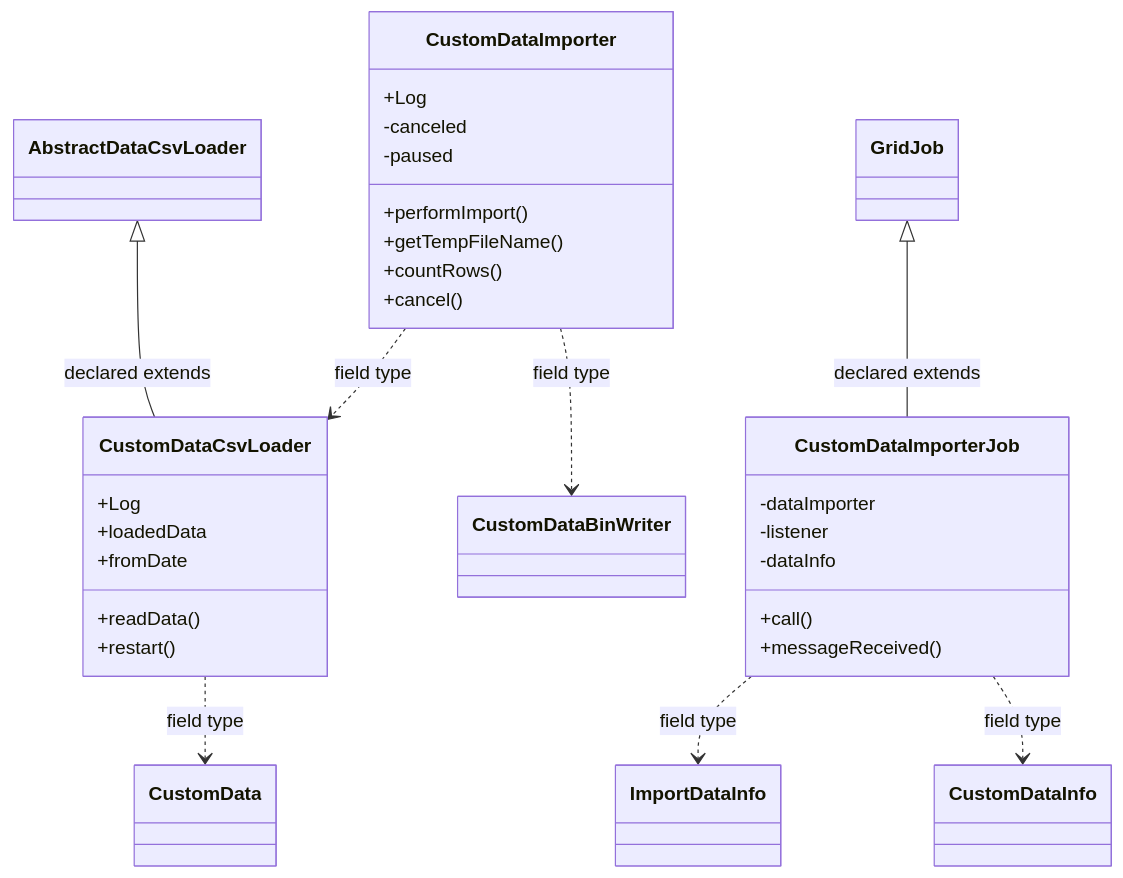
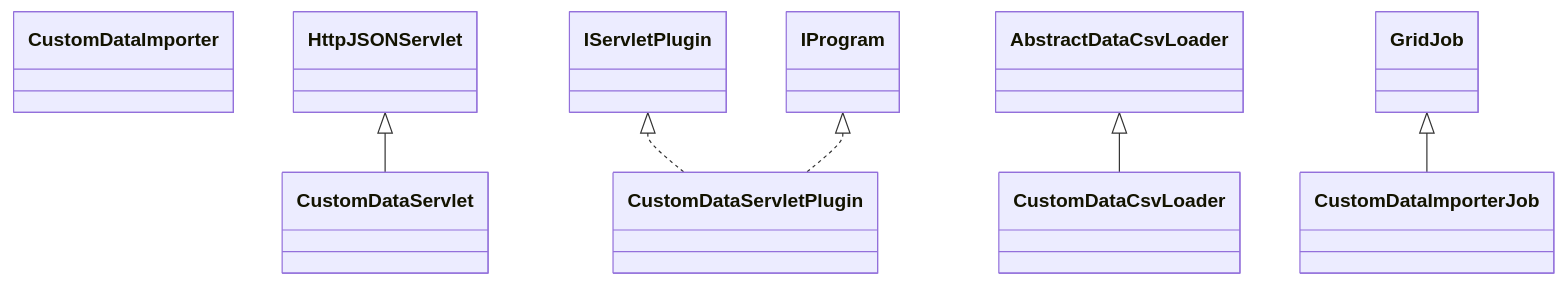
One commit to haruperi/HaruQuantAI changed the diagram in docs/sqx/DataManager/DataManagerCustomData.md. Above: the diagram before and after it, drawn with Mermaid. The commit also changed other lines of this file and 1688 other files, not shown here.

````diff
--- a/docs/sqx/DataManager/DataManagerCustomData.md
+++ b/docs/sqx/DataManager/DataManagerCustomData.md
@@ -65,39 +26,18 @@
 ```mermaid
 classDiagram
-    class C700a3449402b["CustomDataCsvLoader"] {
-        +Log
-        +loadedData
-        +fromDate
-        +readData()
-        +restart()
-    }
-    class C6486bb7b87a1["CustomDataImporter"] {
-        +Log
-        -canceled
-        -paused
-        +performImport()
-        +getTempFileName()
-        +countRows()
-        +cancel()
-    }
-    class C01b7a48b90eb["CustomDataImporterJob"] {
-        -dataImporter
-        -listener
-        -dataInfo
-        +call()
-        +messageReceived()
-    }
-    class C82154e4e3034["CustomData"]
-    class Cae6a89b967b0["CustomDataBinWriter"]
-    class Cf849f7783b12["CustomDataInfo"]
-    class C555f2ebba2b8["AbstractDataCsvLoader"]
-    class C1241a9ebc3a6["ImportDataInfo"]
-    class C729a56512564["GridJob"]
-    C555f2ebba2b8 <|-- C700a3449402b : declared extends
-    C700a3449402b ..> C82154e4e3034 : field type
-    C6486bb7b87a1 ..> Cae6a89b967b0 : field type
-    C6486bb7b87a1 ..> C700a3449402b : field type
-    C729a56512564 <|-- C01b7a48b90eb : declared extends
-    C01b7a48b90eb ..> Cf849f7783b12 : field type
-    C01b7a48b90eb ..> C1241a9ebc3a6 : field type
+    class C0["CustomDataServlet"]
+    class C1["CustomDataServletPlugin"]
+    class C2["CustomDataCsvLoader"]
+    class C3["CustomDataImporter"]
+    class C4["CustomDataImporterJob"]
+    class E0["HttpJSONServlet"]
+    E0 <|-- C0
+    class E1["IServletPlugin"]
+    E1 <|.. C1
+    class E2["IProgram"]
+    E2 <|.. C1
+    class E3["AbstractDataCsvLoader"]
+    E3 <|-- C2
+    class E4["GridJob"]
+    E4 <|-- C4
 ```
````
